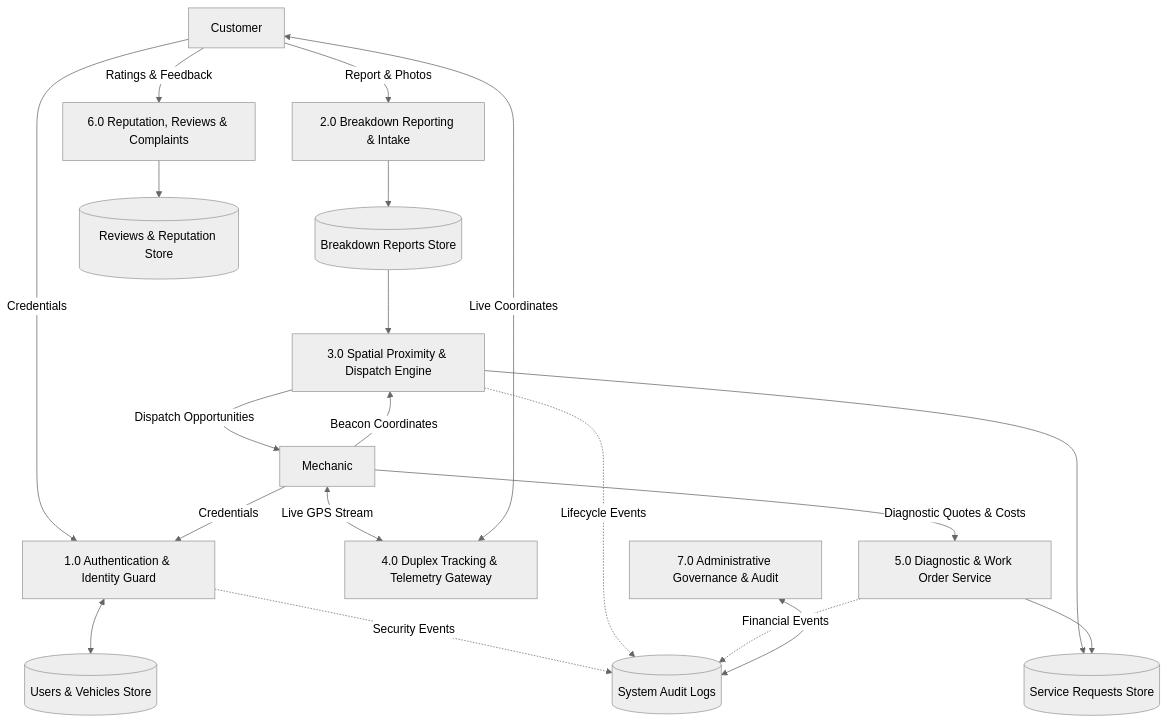
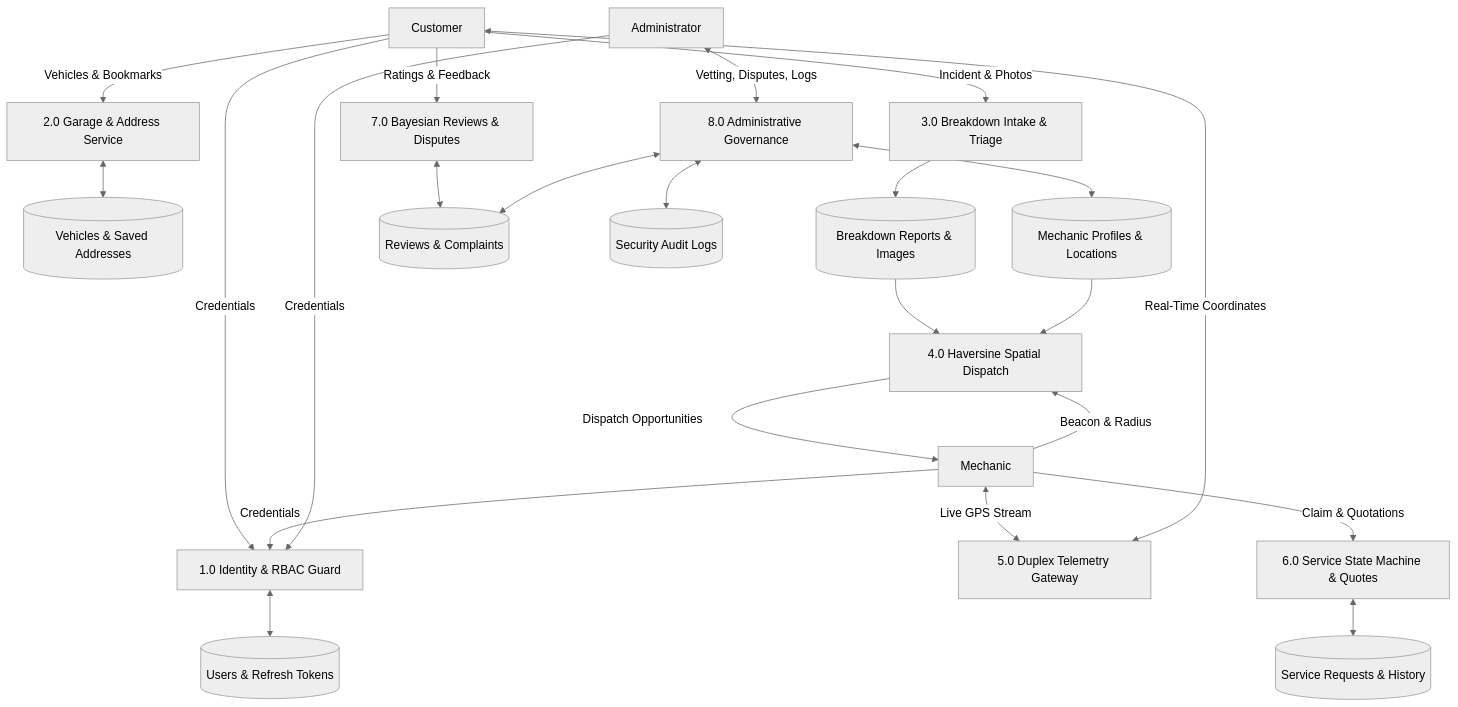
One commit to sahidprofessional000/vbrs-project-2026 changed the fourth of 12 diagrams in docs/ACADEMIC_REPORT.md. Above: the diagram before and after it, drawn with Mermaid (neutral theme). The commit also changed other lines of this file and 34 other files, not shown here.

Commit message:
feat(step7): complete final system regression, security hardening audit, 27-chapter academic monograph, and production documentation package

````diff
--- a/docs/ACADEMIC_REPORT.md
+++ b/docs/ACADEMIC_REPORT.md
@@ -510,44 +378,53 @@
 ```mermaid
 flowchart TD
     Cust["Customer"]
     Mech["Mechanic"]
-    P1["1.0 Authentication & Identity Guard"]
-    P2["2.0 Breakdown Reporting & Intake"]
-    P3["3.0 Spatial Proximity & Dispatch Engine"]
-    P4["4.0 Duplex Tracking & Telemetry Gateway"]
-    P5["5.0 Diagnostic & Work Order Service"]
-    P6["6.0 Reputation, Reviews & Complaints"]
-    P7["7.0 Administrative Governance & Audit"]
-    
-    D1[("Users & Vehicles Store")]
-    D2[("Breakdown Reports Store")]
-    D3[("Service Requests Store")]
-    D4[("Reviews & Reputation Store")]
-    D5[("System Audit Logs")]
+    Admin["Administrator"]
+
+    P1["1.0 Identity & RBAC Guard"]
+    P2["2.0 Garage & Address Service"]
+    P3["3.0 Breakdown Intake & Triage"]
+    P4["4.0 Haversine Spatial Dispatch"]
+    P5["5.0 Duplex Telemetry Gateway"]
+    P6["6.0 Service State Machine & Quotes"]
+    P7["7.0 Bayesian Reviews & Disputes"]
+    P8["8.0 Administrative Governance"]
+
+    D1[("Users & Refresh Tokens")]
+    D2[("Vehicles & Saved Addresses")]
+    D3[("Breakdown Reports & Images")]
+    D4[("Mechanic Profiles & Locations")]
+    D5[("Service Requests & History")]
+    D6[("Reviews & Complaints")]
+    D7[("Security Audit Logs")]
 
     Cust -->|Credentials| P1
     Mech -->|Credentials| P1
+    Admin -->|Credentials| P1
     P1 <--> D1
 
-    Cust -->|Report & Photos| P2
-    P2 --> D2
+    Cust -->|Vehicles & Bookmarks| P2
+    P2 <--> D2
 
-    Mech -->|Beacon Coordinates| P3
-    D2 --> P3
+    Cust -->|Incident & Photos| P3
     P3 --> D3
-    P3 -->|Dispatch Opportunities| Mech
 
-    Mech <-->|Live GPS Stream| P4
-    P4 <-->|Live Coordinates| Cust
+    Mech -->|Beacon & Radius| P4
+    D3 --> P4
+    D4 --> P4
+    P4 -->|Dispatch Opportunities| Mech
 
-    Mech -->|Diagnostic Quotes & Costs| P5
-    P5 --> D3
+    Mech <-->|Live GPS Stream| P5
+    P5 <-->|Real-Time Coordinates| Cust
 
-    Cust -->|Ratings & Feedback| P6
-    P6 --> D4
+    Mech -->|Claim & Quotations| P6
+    P6 <--> D5
 
-    P1 -.->|Security Events| D5
-    P3 -.->|Lifecycle Events| D5
-    P5 -.->|Financial Events| D5
-    P7 <--> D5
+    Cust -->|Ratings & Feedback| P7
+    P7 <--> D6
+
+    Admin <-->|Vetting, Disputes, Logs| P8
+    P8 <--> D4
+    P8 <--> D6
+    P8 <--> D7
 ```
````
